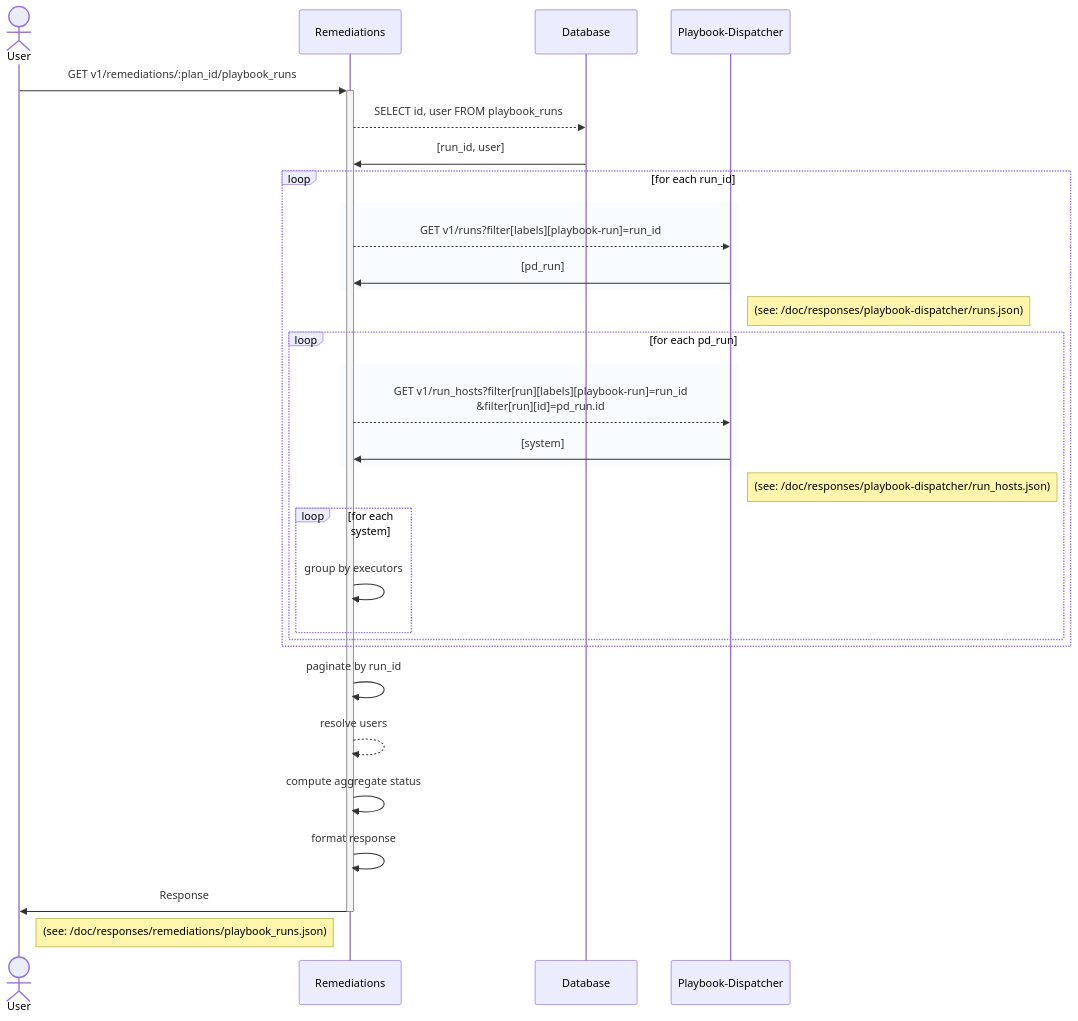
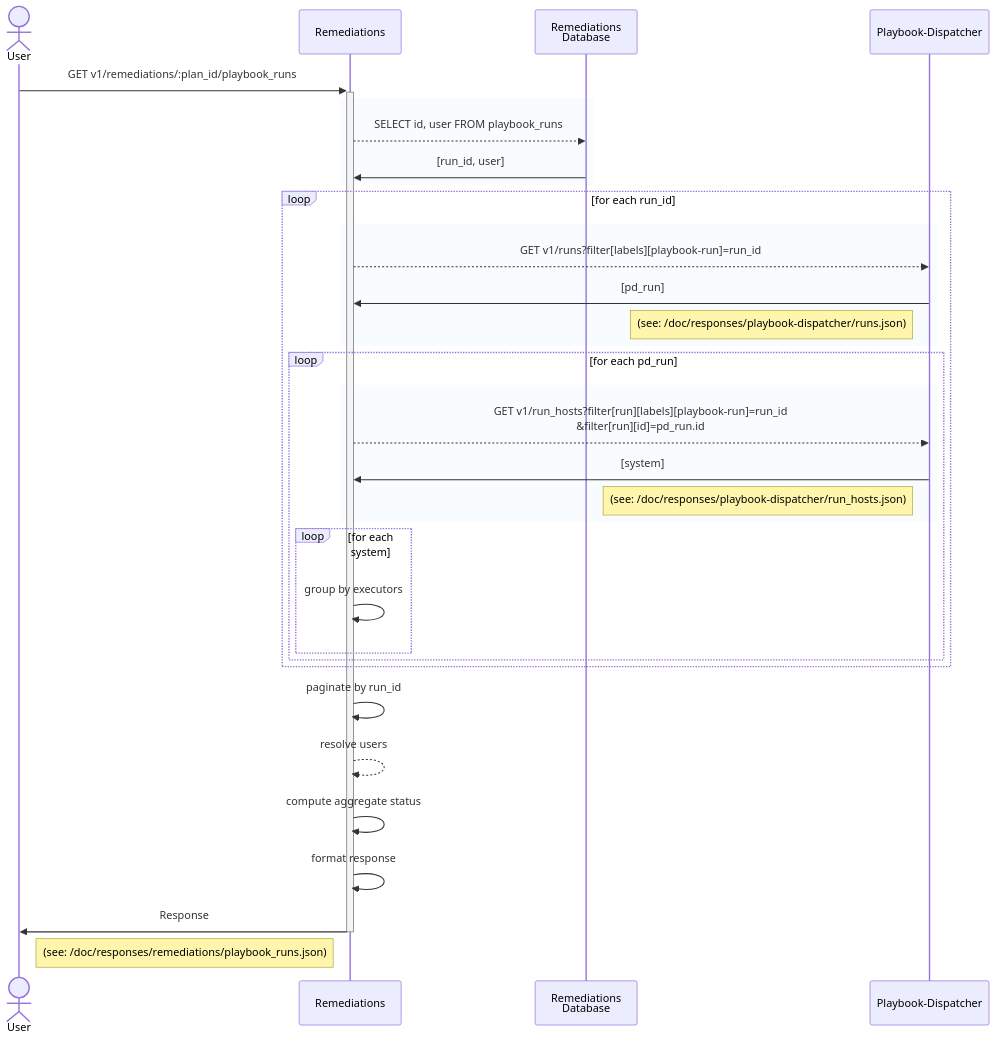
Before and after one commit to RedHatInsights/insights-remediations: the diagram in doc/diagrams/v1/remediations/{plan_id}/playbook_runs/listPlaybookRuns.md, drawn with Mermaid. The commit also changed 3 other files, not shown here.

Commit message:
Updated sequence diagram formatting

````diff
--- a/doc/diagrams/v1/remediations/{plan_id}/playbook_runs/listPlaybookRuns.md
+++ b/doc/diagrams/v1/remediations/{plan_id}/playbook_runs/listPlaybookRuns.md
@@ -17,34 +17,36 @@
 ```mermaid
 sequenceDiagram
     actor u as User
     participant rem as Remediations
-    participant db as Database
+    participant db as Remediations<br>Database
     participant pd as Playbook-Dispatcher
 
     u ->> + rem: GET v1/remediations/:plan_id/playbook_runs
-    rem -->> db: SELECT id, user FROM playbook_runs 
-    db ->> rem: [run_id, user]
+    rect rgba(191, 223, 255, .1)
+       rem -->> db: SELECT id, user FROM playbook_runs 
+       db ->> rem: [run_id, user]
+    end
     loop for each run_id
        rect rgba(191, 223, 255, .1)
           rem -->> pd: GET v1/runs?filter[labels][playbook-run]=run_id
           pd ->> rem: [pd_run]
+          note left of pd: (see: /doc/responses/playbook-dispatcher/runs.json)
        end
-       note right of pd: (see: /doc/responses/playbook-dispatcher/runs.json)
        loop for each pd_run
            rect rgba(191, 223, 255, .1)
               rem -->> pd: GET v1/run_hosts?filter[run][labels][playbook-run]=run_id<br/>&filter[run][id]=pd_run.id
               pd ->> rem: [system]
+              note left of pd: (see: /doc/responses/playbook-dispatcher/run_hosts.json)
            end
-           note right of pd: (see: /doc/responses/playbook-dispatcher/run_hosts.json)
            loop for each system
                rem ->> rem: group by executors
            end
        end
     end
     rem ->> rem: paginate by run_id
     rem -->> rem: resolve users
     rem ->> rem: compute aggregate status
     rem ->> rem: format response
     rem ->> - u: Response
     note left of rem: (see: /doc/responses/remediations/playbook_runs.json)
 ```
````
